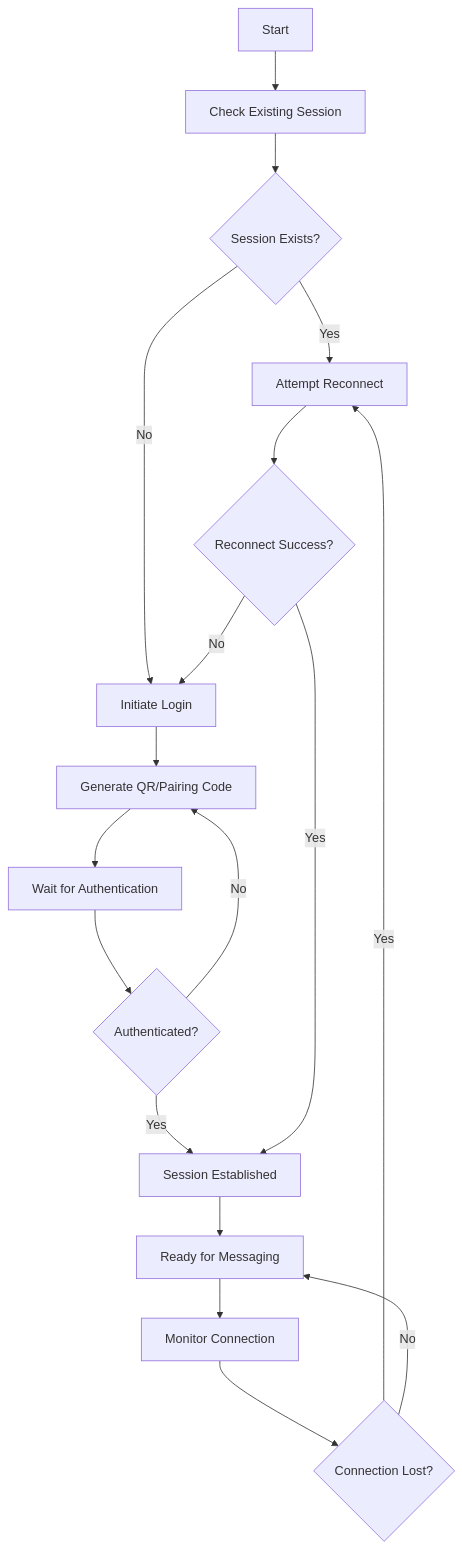
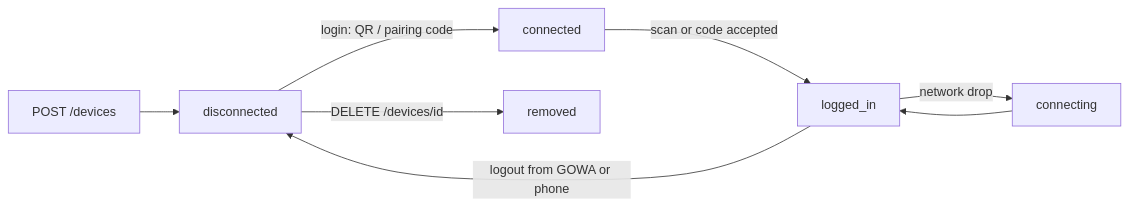
The diagram in concepts/sessions.mdx (aldinokemal/gowa-docs), drawn with Mermaid before and after one commit. The commit also changed other lines of this file and 6 other files, not shown here.

````diff
--- a/concepts/sessions.mdx
+++ b/concepts/sessions.mdx
@@ -25,20 +11,10 @@
 ```mermaid
-graph TD
-    A[Start] --> B[Check Existing Session]
-    B --> C{Session Exists?}
-    C -->|Yes| D[Attempt Reconnect]
-    C -->|No| E[Initiate Login]
-    E --> F[Generate QR/Pairing Code]
-    F --> G[Wait for Authentication]
-    G --> H{Authenticated?}
-    H -->|Yes| I[Session Established]
-    H -->|No| F
-    D --> J{Reconnect Success?}
-    J -->|Yes| I
-    J -->|No| E
-    I --> K[Ready for Messaging]
-    K --> L[Monitor Connection]
-    L --> M{Connection Lost?}
-    M -->|Yes| D
-    M -->|No| K
+flowchart LR
+  A[POST /devices] --> B[disconnected]
+  B -->|login: QR / pairing code| C[connected]
+  C -->|scan or code accepted| D[logged_in]
+  D -->|network drop| E[connecting]
+  E --> D
+  D -->|logout from GOWA or phone| B
+  B -->|DELETE /devices/id| F[removed]
 ```
````
